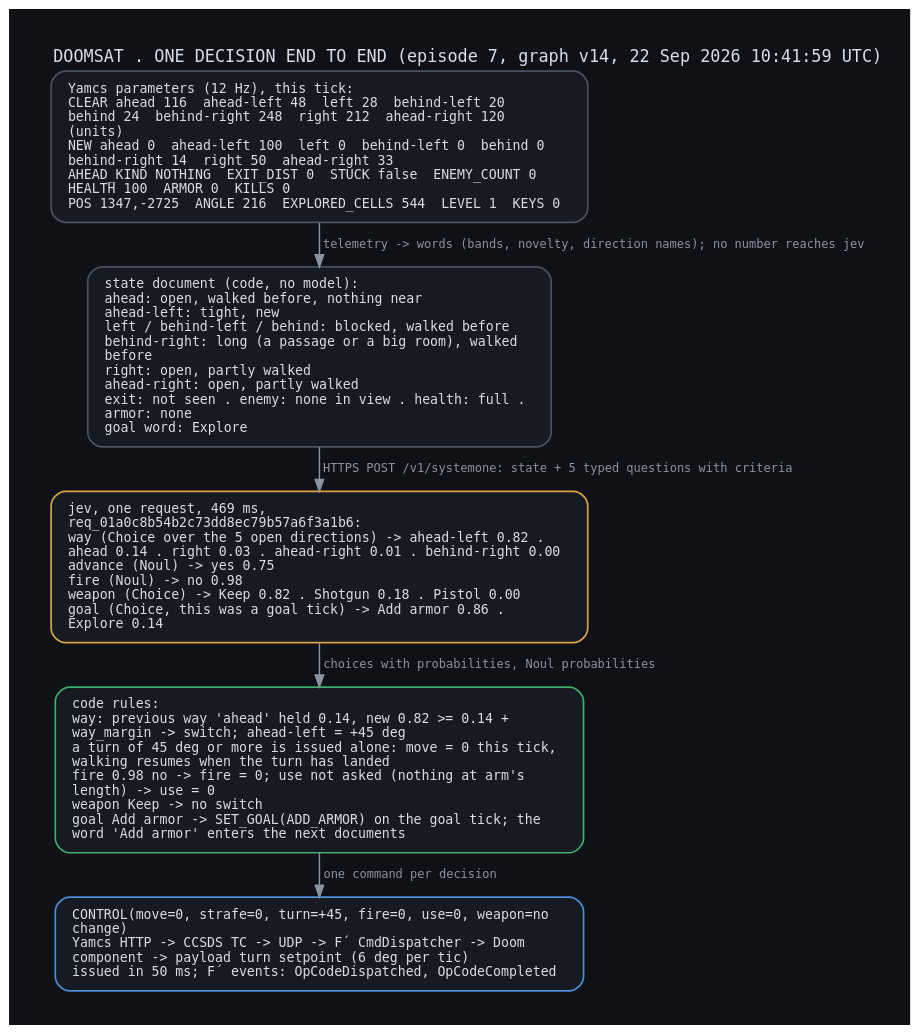
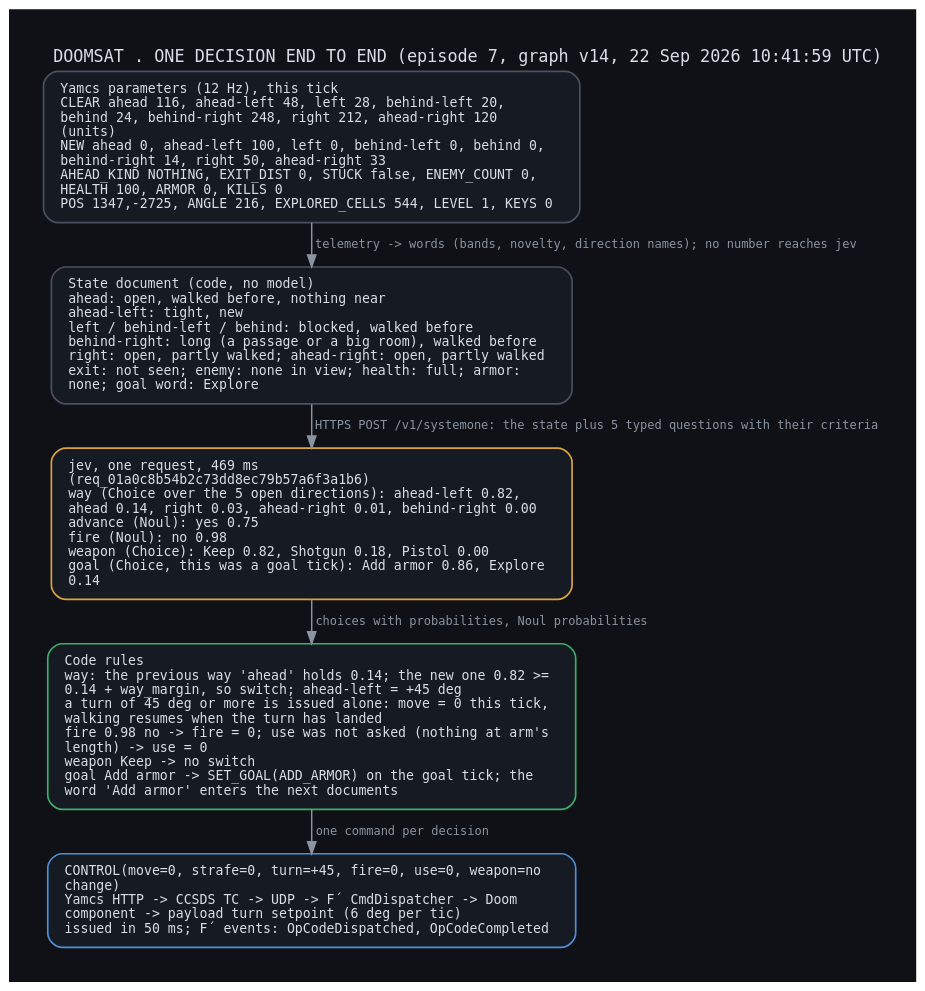
Before and after one commit to Devonance/DoomSat: the diagram in docs/diagrams/decision_flow.dot, drawn with Graphviz. The commit also changed 18 other files, not shown here.

First line of the commit message:
Report layout: legible diagrams, native LaTeX decision graph and worked decision, ruled longtables, breakable URLs

```diff
--- a/docs/diagrams/decision_flow.dot
+++ b/docs/diagrams/decision_flow.dot
@@ -1,15 +1,15 @@
 digraph F {
   graph [bgcolor="#0f1116", rankdir=TB, fontname="DejaVu Sans Mono", fontcolor="#d8dde6", labelloc=t, labeljust=l, nodesep=0.3, ranksep=0.35, pad=0.4,
          label="DOOMSAT . ONE DECISION END TO END (episode 7, graph v14, 22 Sep 2026 10:41:59 UTC)\l"];
   node [shape=box, style="rounded,filled", fillcolor="#161a22", fontname="DejaVu Sans Mono", fontsize=11, fontcolor="#d8dde6", penwidth=1.4, margin="0.2,0.12"];
   edge [color="#8b93a1", fontname="DejaVu Sans Mono", fontsize=10, fontcolor="#8b93a1", penwidth=1.2];
-  n [label="Yamcs parameters (12 Hz), this tick:\lCLEAR ahead 116  ahead-left 48  left 28  behind-left 20\lbehind 24  behind-right 248  right 212  ahead-right 120\l(units)\lNEW ahead 0  ahead-left 100  left 0  behind-left 0  behind 0\lbehind-right 14  right 50  ahead-right 33\lAHEAD_KIND NOTHING  EXIT_DIST 0  STUCK false  ENEMY_COUNT 0\lHEALTH 100  ARMOR 0  KILLS 0\lPOS 1347,-2725  ANGLE 216  EXPLORED_CELLS 544  LEVEL 1  KEYS 0\l", color="#4a5160"];
-  w [label="state document (code, no model):\lahead: open, walked before, nothing near\lahead-left: tight, new\lleft / behind-left / behind: blocked, walked before\lbehind-right: long (a passage or a big room), walked\lbefore\lright: open, partly walked\lahead-right: open, partly walked\lexit: not seen . enemy: none in view . health: full .\larmor: none\lgoal word: Explore\l", color="#4a5160"];
-  j [label="jev, one request, 469 ms,\lreq_01a0c8b54b2c73dd8ec79b57a6f3a1b6:\lway (Choice over the 5 open directions) -> ahead-left 0.82 .\lahead 0.14 . right 0.03 . ahead-right 0.01 . behind-right 0.00\ladvance (Noul) -> yes 0.75\lfire (Noul) -> no 0.98\lweapon (Choice) -> Keep 0.82 . Shotgun 0.18 . Pistol 0.00\lgoal (Choice, this was a goal tick) -> Add armor 0.86 .\lExplore 0.14\l", color="#d9a441"];
-  r [label="code rules:\lway: previous way 'ahead' held 0.14, new 0.82 >= 0.14 +\lway_margin -> switch; ahead-left = +45 deg\la turn of 45 deg or more is issued alone: move = 0 this tick,\lwalking resumes when the turn has landed\lfire 0.98 no -> fire = 0; use not asked (nothing at arm's\llength) -> use = 0\lweapon Keep -> no switch\lgoal Add armor -> SET_GOAL(ADD_ARMOR) on the goal tick; the\lword 'Add armor' enters the next documents\l", color="#3fae6a"];
-  c [label="CONTROL(move=0, strafe=0, turn=+45, fire=0, use=0, weapon=no\lchange)\lYamcs HTTP -> CCSDS TC -> UDP -> F´ CmdDispatcher -> Doom\lcomponent -> payload turn setpoint (6 deg per tic)\lissued in 50 ms; F´ events: OpCodeDispatched, OpCodeCompleted\l", color="#4f8fd6"];
-  n -> w [label=" telemetry -> words (bands, novelty, direction names); no number reaches jev"];
-  w -> j [label=" HTTPS POST /v1/systemone: state + 5 typed questions with criteria"];
-  j -> r [label=" choices with probabilities, Noul probabilities"];
-  r -> c [label=" one command per decision"];
+  b0 [label="Yamcs parameters (12 Hz), this tick\lCLEAR ahead 116, ahead-left 48, left 28, behind-left 20,\lbehind 24, behind-right 248, right 212, ahead-right 120\l(units)\lNEW ahead 0, ahead-left 100, left 0, behind-left 0, behind 0,\lbehind-right 14, right 50, ahead-right 33\lAHEAD_KIND NOTHING, EXIT_DIST 0, STUCK false, ENEMY_COUNT 0,\lHEALTH 100, ARMOR 0, KILLS 0\lPOS 1347,-2725, ANGLE 216, EXPLORED_CELLS 544, LEVEL 1, KEYS 0\l", color="#4a5160"];
+  b1 [label="State document (code, no model)\lahead: open, walked before, nothing near\lahead-left: tight, new\lleft / behind-left / behind: blocked, walked before\lbehind-right: long (a passage or a big room), walked before\lright: open, partly walked; ahead-right: open, partly walked\lexit: not seen; enemy: none in view; health: full; armor:\lnone; goal word: Explore\l", color="#4a5160"];
+  b2 [label="jev, one request, 469 ms\l(req_01a0c8b54b2c73dd8ec79b57a6f3a1b6)\lway (Choice over the 5 open directions): ahead-left 0.82,\lahead 0.14, right 0.03, ahead-right 0.01, behind-right 0.00\ladvance (Noul): yes 0.75\lfire (Noul): no 0.98\lweapon (Choice): Keep 0.82, Shotgun 0.18, Pistol 0.00\lgoal (Choice, this was a goal tick): Add armor 0.86, Explore\l0.14\l", color="#d9a441"];
+  b3 [label="Code rules\lway: the previous way 'ahead' holds 0.14; the new one 0.82 >=\l0.14 + way_margin, so switch; ahead-left = +45 deg\la turn of 45 deg or more is issued alone: move = 0 this tick,\lwalking resumes when the turn has landed\lfire 0.98 no -> fire = 0; use was not asked (nothing at arm's\llength) -> use = 0\lweapon Keep -> no switch\lgoal Add armor -> SET_GOAL(ADD_ARMOR) on the goal tick; the\lword 'Add armor' enters the next documents\l", color="#3fae6a"];
+  b4 [label="CONTROL(move=0, strafe=0, turn=+45, fire=0, use=0, weapon=no\lchange)\lYamcs HTTP -> CCSDS TC -> UDP -> F´ CmdDispatcher -> Doom\lcomponent -> payload turn setpoint (6 deg per tic)\lissued in 50 ms; F´ events: OpCodeDispatched, OpCodeCompleted\l", color="#4f8fd6"];
+  b0 -> b1 [label=" telemetry -> words (bands, novelty, direction names); no number reaches jev"];
+  b1 -> b2 [label=" HTTPS POST /v1/systemone: the state plus 5 typed questions with their criteria"];
+  b2 -> b3 [label=" choices with probabilities, Noul probabilities"];
+  b3 -> b4 [label=" one command per decision"];
 }
```
